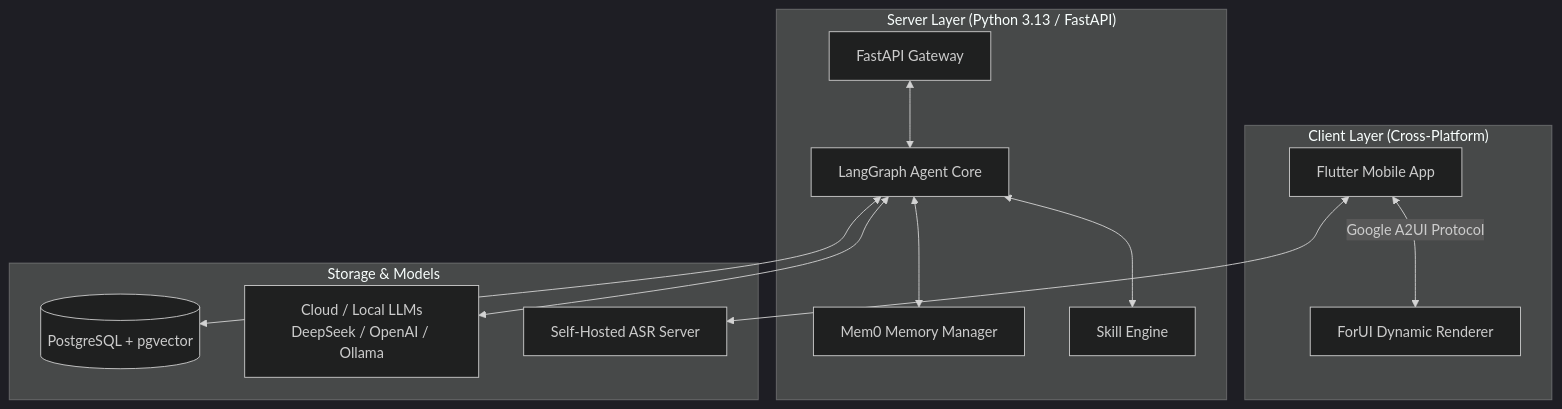
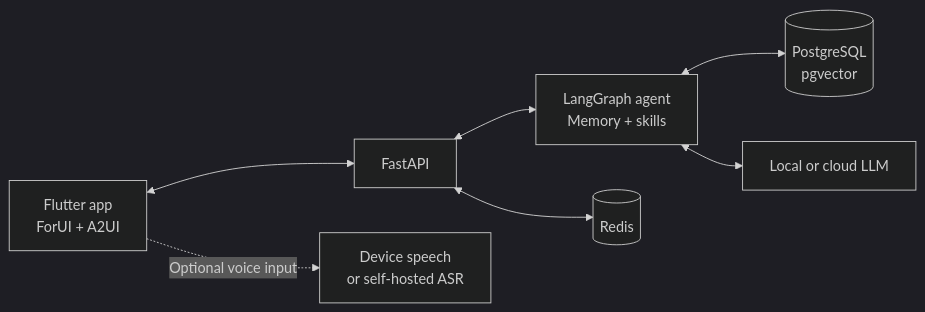
The diagram in README.md (4beru/monivo), drawn with Mermaid (dark theme) before and after one commit. The commit also changed other lines of this file and 2 other files, not shown here.

````diff
--- a/README.md
+++ b/README.md
@@ -65,18 +68,9 @@
-```mermaid
-flowchart TD
-    subgraph Client ["Client Layer (Cross-Platform)"]
-        A[Flutter Mobile App] <-->|Google A2UI Protocol| B[ForUI Dynamic Renderer]
-    end
-
-    subgraph Backend ["Server Layer (Python 3.13 / FastAPI)"]
-        C[FastAPI Gateway] <--> D[LangGraph Agent Core]
-        D <--> E[Mem0 Memory Manager]
-        D <--> F[Skill Engine]
-    end
-
-    subgraph Storage ["Storage & Models"]
-        D <--> G[(PostgreSQL + pgvector)]
-        D <--> H[Cloud / Local LLMs\nDeepSeek / OpenAI / Ollama]
-        A <--> I[Self-Hosted ASR Server]
-    end
-```
+~~~mermaid
+flowchart LR
+    A["Flutter app<br/>ForUI + A2UI"] <--> B["FastAPI"]
+    B <--> C["LangGraph agent<br/>Memory + skills"]
+    C <--> D[("PostgreSQL<br/>pgvector")]
+    C <--> E["Local or cloud LLM"]
+    B <--> F[("Redis")]
+    A -. "Optional voice input" .-> G["Device speech<br/>or self-hosted ASR"]
+~~~
````
